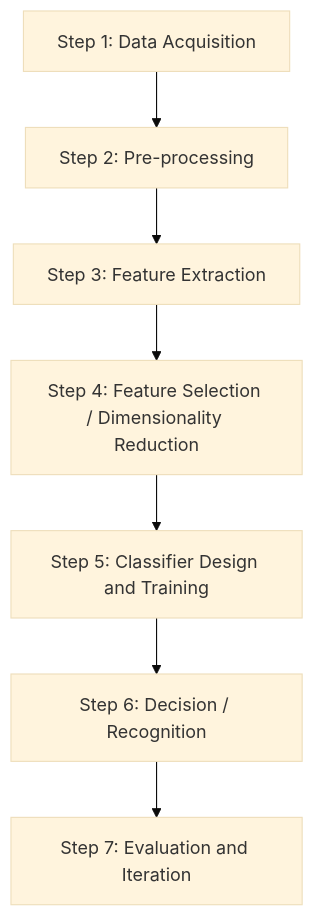
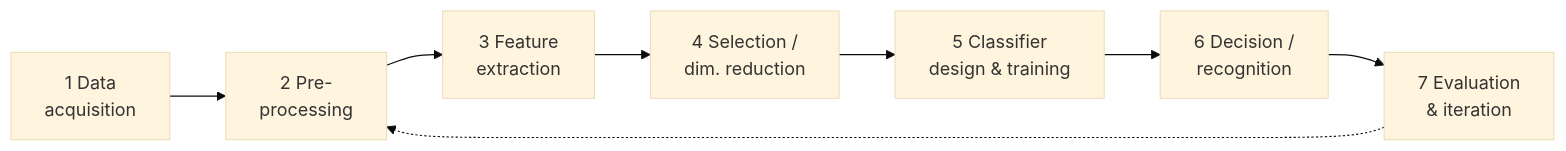
The second of 9 diagrams in markdown-ml/unit1/6.md (SureshAmal/learnmaker), drawn with Mermaid (base theme) before and after one commit. The commit also changed other lines of this file and 668 other files, not shown here.

````diff
--- a/markdown-ml/unit1/6.md
+++ b/markdown-ml/unit1/6.md
@@ -33,9 +56,10 @@
 ```mermaid
-flowchart TD
-    A["Step 1: Data Acquisition"] --> B["Step 2: Pre-processing"]
-    B --> C["Step 3: Feature Extraction"]
-    C --> D["Step 4: Feature Selection / Dimensionality Reduction"]
-    D --> E["Step 5: Classifier Design and Training"]
-    E --> F["Step 6: Decision / Recognition"]
-    F --> G["Step 7: Evaluation and Iteration"]
+flowchart LR
+    A["1 Data<br/>acquisition"] --> B["2 Pre-<br/>processing"]
+    B --> C["3 Feature<br/>extraction"]
+    C --> D["4 Selection /<br/>dim. reduction"]
+    D --> E["5 Classifier<br/>design & training"]
+    E --> F["6 Decision /<br/>recognition"]
+    F --> G["7 Evaluation<br/>& iteration"]
+    G -.-> B
 ```
````
